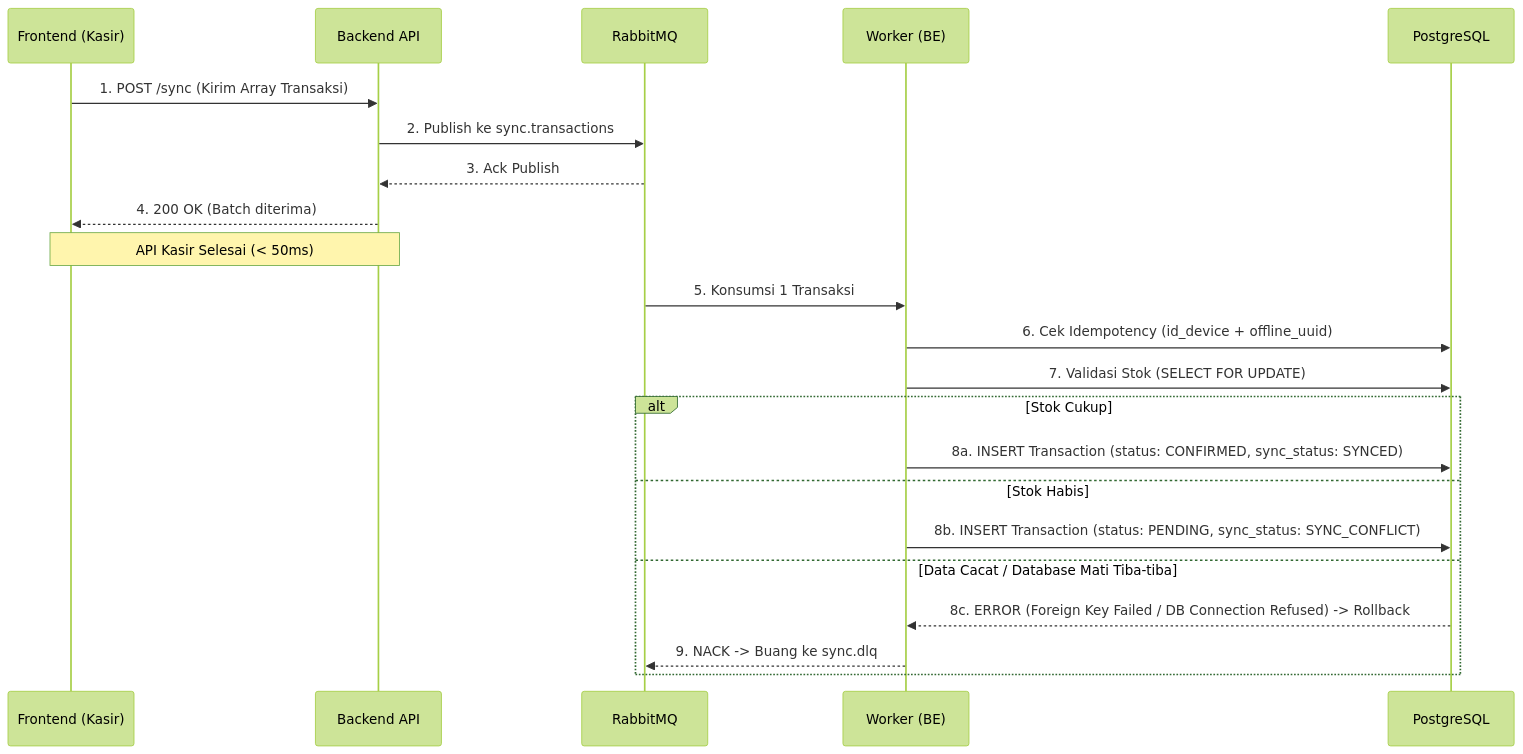
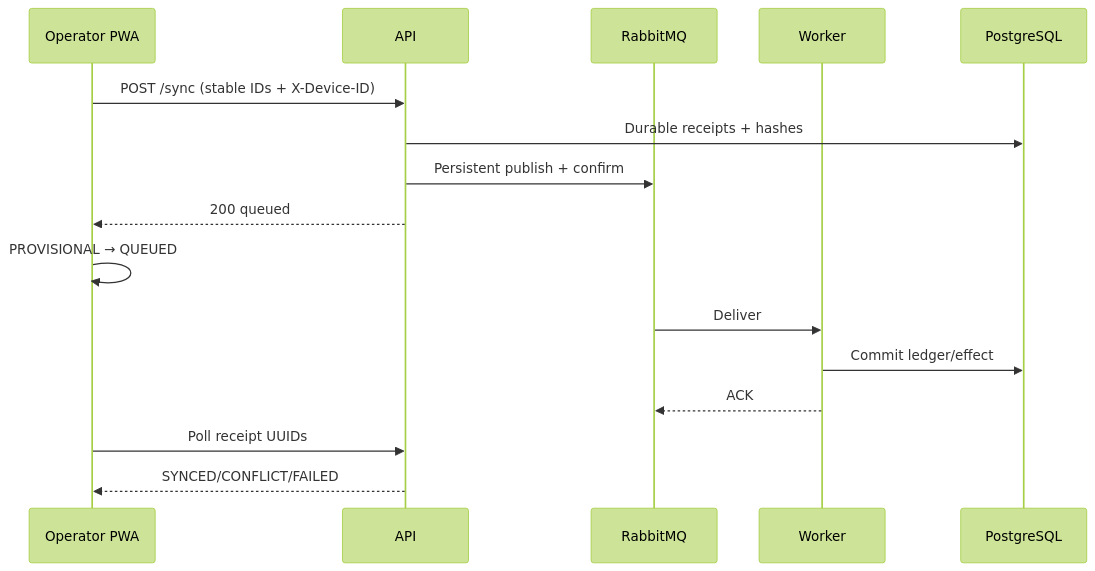
The diagram in docs/user_flows.md (SEA18-3/k-pos-be), drawn with Mermaid (forest theme) before and after one commit. The commit also changed other lines of this file and 17 other files, not shown here.

````diff
--- a/docs/user_flows.md
+++ b/docs/user_flows.md
@@ -20,28 +36,19 @@
 ```mermaid
 sequenceDiagram
-    participant FE as Frontend (Kasir)
-    participant BE as Backend API
-    participant RMQ as RabbitMQ
-    participant W as Worker (BE)
-    participant DB as PostgreSQL
+    participant O as Operator PWA
+    participant A as API
+    participant R as RabbitMQ
+    participant W as Worker
+    participant D as PostgreSQL
 
-    FE->>BE: 1. POST /sync (Kirim Array Transaksi)
-    BE->>RMQ: 2. Publish ke sync.transactions
-    RMQ-->>BE: 3. Ack Publish
-    BE-->>FE: 4. 200 OK (Batch diterima)
-    
-    note over FE, BE: API Kasir Selesai (< 50ms)
-    
-    RMQ->>W: 5. Konsumsi 1 Transaksi
-    W->>DB: 6. Cek Idempotency (id_device + offline_uuid)
-    W->>DB: 7. Validasi Stok (SELECT FOR UPDATE)
-    
-    alt Stok Cukup
-        W->>DB: 8a. INSERT Transaction (status: CONFIRMED, sync_status: SYNCED)
-    else Stok Habis
-        W->>DB: 8b. INSERT Transaction (status: PENDING, sync_status: SYNC_CONFLICT)
-    else Data Cacat / Database Mati Tiba-tiba
-        DB-->>W: 8c. ERROR (Foreign Key Failed / DB Connection Refused) -> Rollback
-        W-->>RMQ: 9. NACK -> Buang ke sync.dlq
-    end
+    O->>A: POST /sync (stable IDs + X-Device-ID)
+    A->>D: Durable receipts + hashes
+    A->>R: Persistent publish + confirm
+    A-->>O: 200 queued
+    O->>O: PROVISIONAL → QUEUED
+    R->>W: Deliver
+    W->>D: Commit ledger/effect
+    W-->>R: ACK
+    O->>A: Poll receipt UUIDs
+    A-->>O: SYNCED/CONFLICT/FAILED
 ```
````
